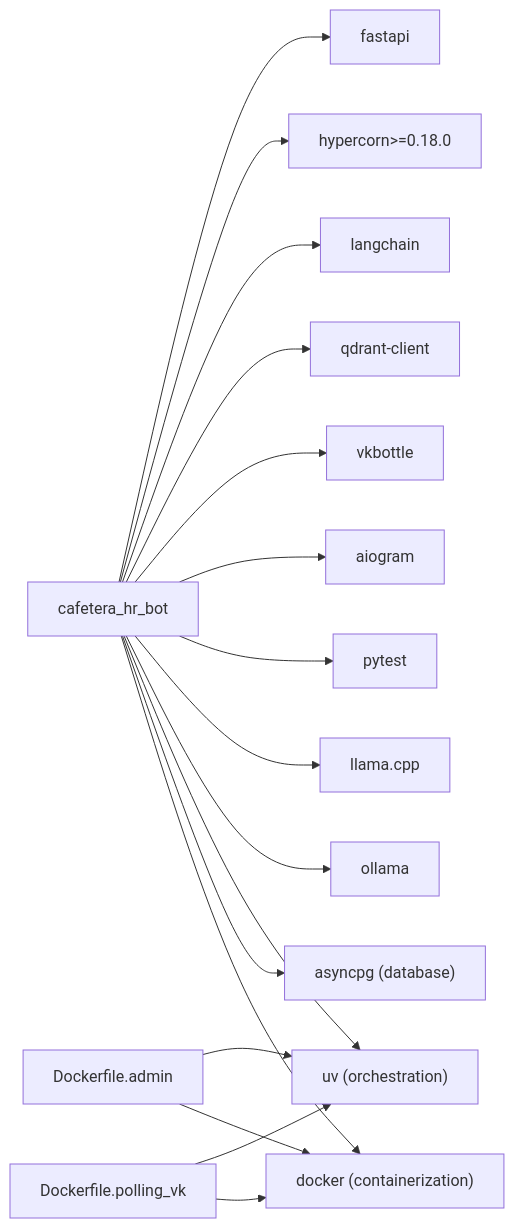
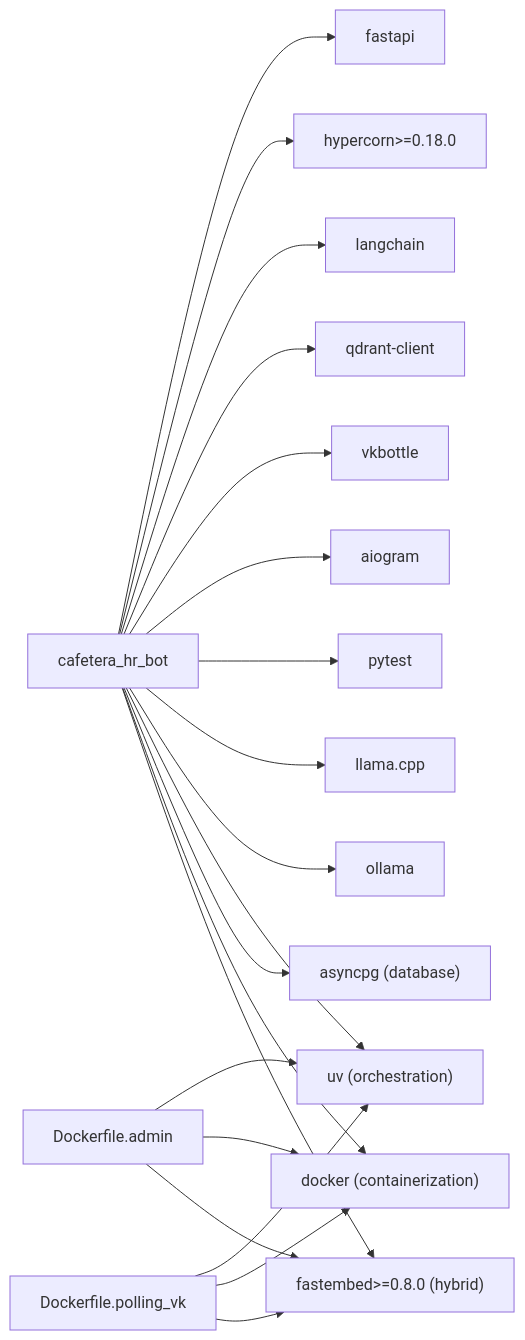
One commit to ognelis/cafetera_hr_bot changed diagram 19 of 20 in .qoder/repowiki/en/content/Deployment and Operations.md. Above: the diagram before and after it, drawn with Mermaid. The commit also changed other lines of this file and 2 other files, not shown here.

````diff
--- a/.qoder/repowiki/en/content/Deployment and Operations.md
+++ b/.qoder/repowiki/en/content/Deployment and Operations.md
@@ -705,34 +791,38 @@
 ```mermaid
 graph LR
 App["cafetera_hr_bot"]
 FastAPI["fastapi"]
 Hypercorn["hypercorn>=0.18.0"]
 LangChain["langchain"]
 QdrantClient["qdrant-client"]
 VK["vkbottle"]
 Telegram["aiogram"]
 Tests["pytest"]
 LlamaCpp["llama.cpp"]
 Ollama["ollama"]
 Uv["uv (orchestration)"]
 PostgreSQL["asyncpg (database)"]
 Docker["docker (containerization)"]
+FastEmbed["fastembed>=0.8.0 (hybrid)"]
 AdminDocker["Dockerfile.admin"]
 VKDocker["Dockerfile.polling_vk"]
 App --> FastAPI
 App --> Hypercorn
 App --> LangChain
 App --> QdrantClient
 App --> VK
 App --> Telegram
 App --> Tests
 App --> LlamaCpp
 App --> Ollama
 App --> Uv
 App --> PostgreSQL
 App --> Docker
+App --> FastEmbed
 AdminDocker --> Uv
 VKDocker --> Uv
 AdminDocker --> Docker
 VKDocker --> Docker
+AdminDocker --> FastEmbed
+VKDocker --> FastEmbed
 ```
````
